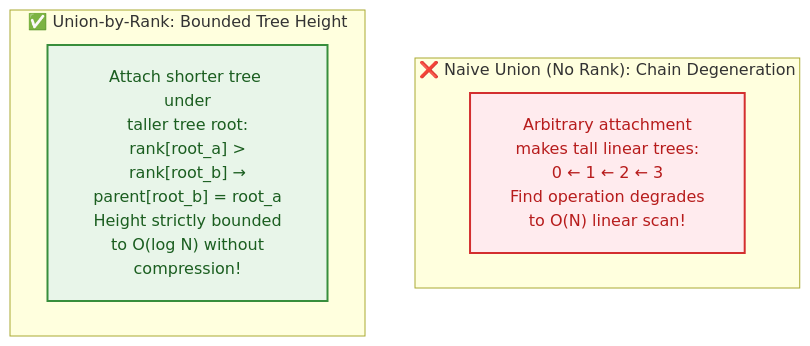
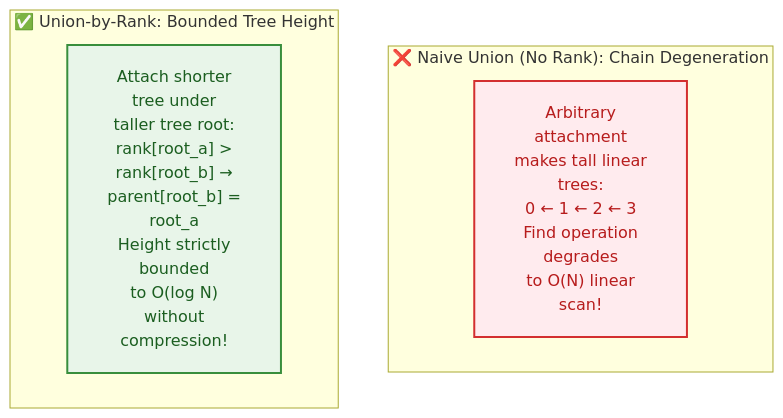
Before and after one commit to dip4k/DSA_102: diagram 14 of 15 in week_09_graph_algorithms_i/Week_09_Visual_Concepts_Playbook_HYBRID.md, drawn with Mermaid. The commit also changed other lines of this file and 106 other files, not shown here.

First line of the commit message:
fix(mermaid): prevent text clipping with foreignObject overflow and tighter line wrapping

````diff
--- a/week_09_graph_algorithms_i/Week_09_Visual_Concepts_Playbook_HYBRID.md
+++ b/week_09_graph_algorithms_i/Week_09_Visual_Concepts_Playbook_HYBRID.md
@@ -500,14 +500,14 @@
 ```mermaid
-%%{init: {"flowchart": {"htmlLabels": true, "padding": 20}}}%%
+%%{init: {"flowchart": {"htmlLabels": true, "padding": 20}, "themeCSS": "foreignObject { overflow: visible !important; }"}}%%
 flowchart TD
     classDef deep fill:#ffebee,stroke:#d32f2f,color:#b71c1c,stroke-width:2px;
     classDef bal fill:#e8f5e9,stroke:#388e3c,color:#1b5e20,stroke-width:2px;
 
     subgraph Bad["❌ Naive Union (No Rank): Chain Degeneration"]
-        B1["Arbitrary attachment<br/>makes tall linear trees:<br/>0 ← 1 ← 2 ← 3<br/>Find operation degrades<br/>to O(N) linear scan!"]:::deep
+        B1["Arbitrary<br/>attachment<br/>makes tall linear<br/>trees:<br/>0 ← 1 ← 2 ← 3<br/>Find operation<br/>degrades<br/>to O(N) linear<br/>scan!"]:::deep
     end
 
     subgraph Good["✅ Union-by-Rank: Bounded Tree Height"]
-        G1["Attach shorter tree under<br/>taller tree root:<br/>rank[root_a] ><br/>rank[root_b] →<br/>parent[root_b] = root_a<br/>Height strictly bounded<br/>to O(log N) without<br/>compression!"]:::bal
+        G1["Attach shorter<br/>tree under<br/>taller tree root:<br/>rank[root_a] ><br/>rank[root_b] →<br/>parent[root_b] =<br/>root_a<br/>Height strictly<br/>bounded<br/>to O(log N)<br/>without<br/>compression!"]:::bal
     end
 ```
````
